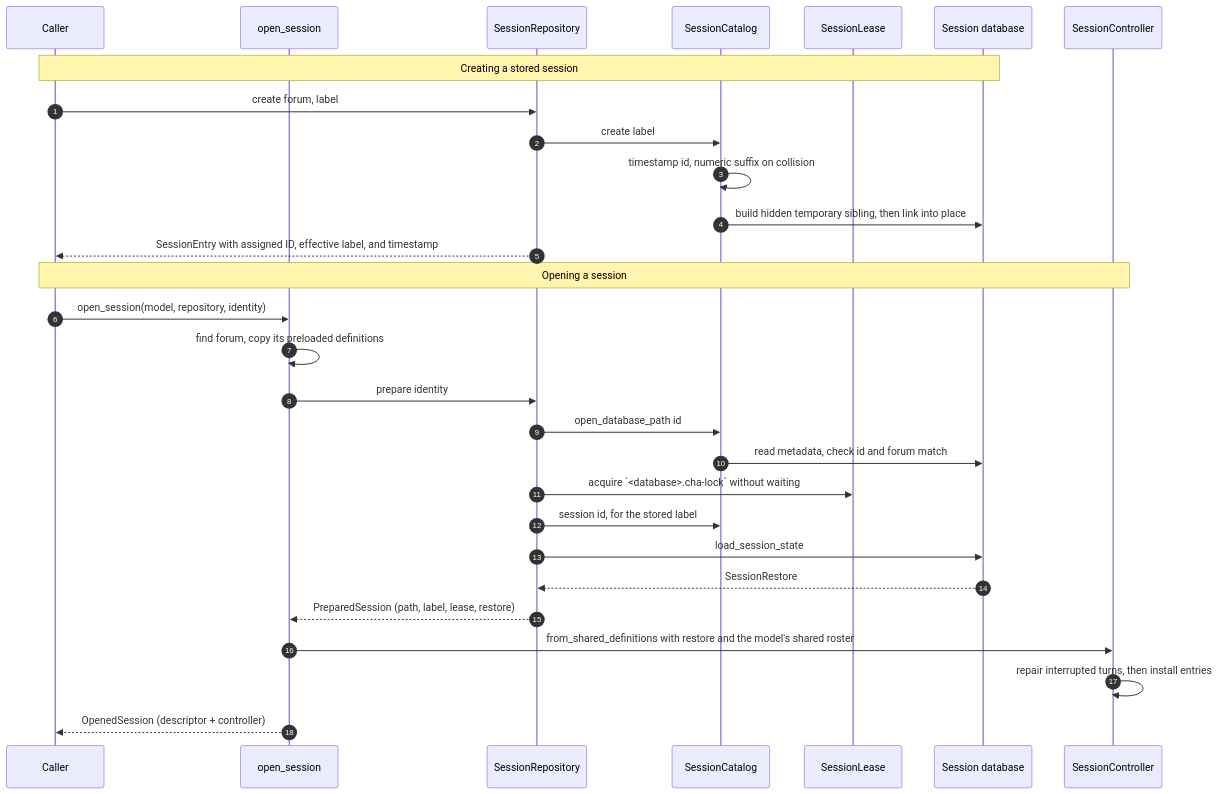
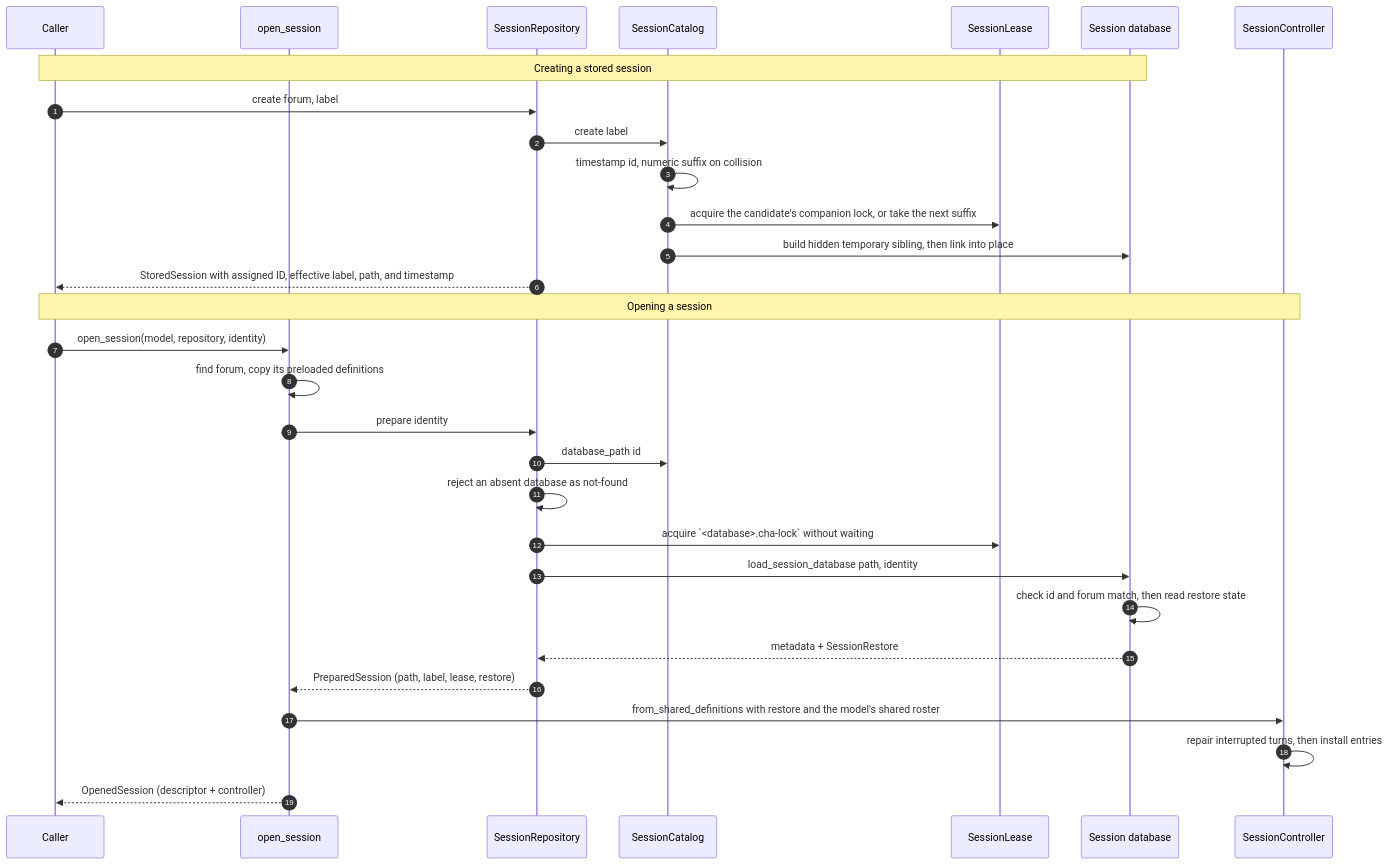
One commit to michaelpopov/cha changed the second of 4 diagrams in src/session/README.md. Above: the diagram before and after it, drawn with Mermaid. The commit also changed other lines of this file and 25 other files, not shown here.

````diff
--- a/src/session/README.md
+++ b/src/session/README.md
@@ -120,33 +129,34 @@
 ```mermaid
 sequenceDiagram
     autonumber
     participant UI as Caller
     participant WM as open_session
     participant WS as SessionRepository
     participant SC as SessionCatalog
     participant SL as SessionLease
     participant DB as Session database
     participant CC as SessionController
 
     Note over UI,DB: Creating a stored session
     UI->>WS: create forum, label
     WS->>SC: create label
     SC->>SC: timestamp id, numeric suffix on collision
+    SC->>SL: acquire the candidate's companion lock, or take the next suffix
     SC->>DB: build hidden temporary sibling, then link into place
-    WS-->>UI: SessionEntry with assigned ID, effective label, and timestamp
+    WS-->>UI: StoredSession with assigned ID, effective label, path, and timestamp
 
     Note over UI,CC: Opening a session
     UI->>WM: open_session(model, repository, identity)
     WM->>WM: find forum, copy its preloaded definitions
     WM->>WS: prepare identity
-    WS->>SC: open_database_path id
-    SC->>DB: read metadata, check id and forum match
+    WS->>SC: database_path id
+    WS->>WS: reject an absent database as not-found
     WS->>SL: acquire `<database>.cha-lock` without waiting
-    WS->>SC: session id, for the stored label
-    WS->>DB: load_session_state
-    DB-->>WS: SessionRestore
+    WS->>DB: load_session_database path, identity
+    DB->>DB: check id and forum match, then read restore state
+    DB-->>WS: metadata + SessionRestore
     WS-->>WM: PreparedSession (path, label, lease, restore)
     WM->>CC: from_shared_definitions with restore and the model's shared roster
     CC->>CC: repair interrupted turns, then install entries
     WM-->>UI: OpenedSession (descriptor + controller)
 ```
````
